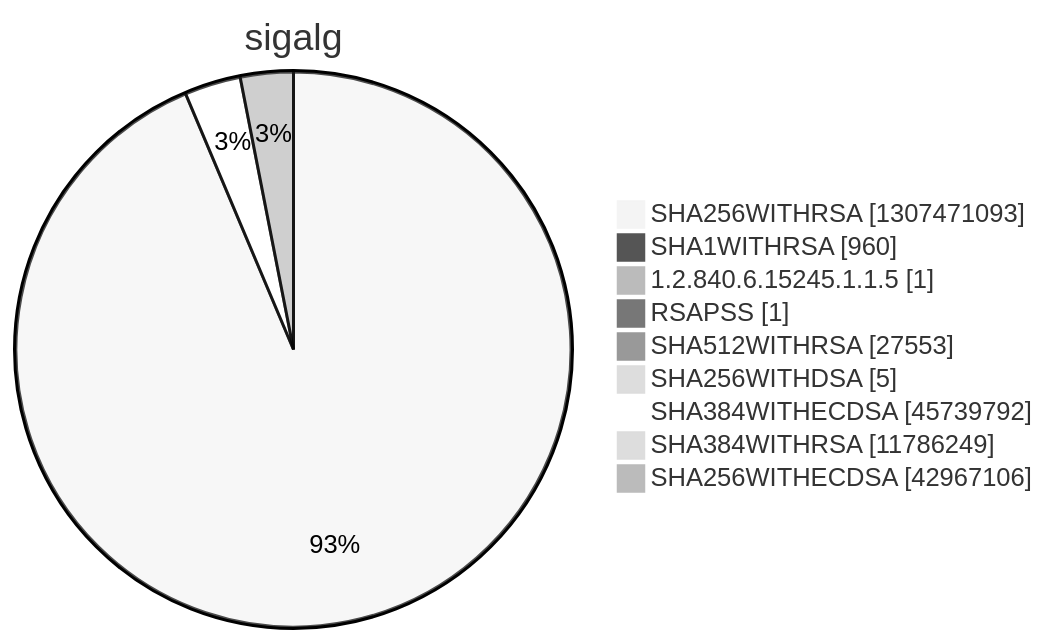
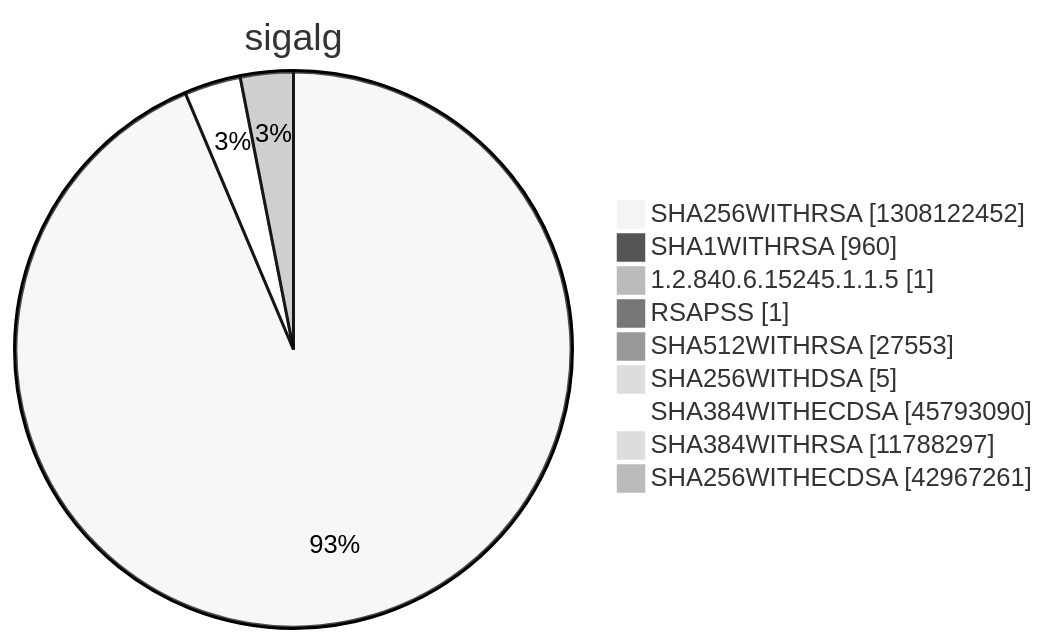
Before and after one commit to christiankrug/ctmonitor_visualization: diagram 15 of 15 in argon2022/README.md, drawn with Mermaid (neutral theme). The commit also changed other lines of this file, not shown here.

````diff
--- a/argon2022/README.md
+++ b/argon2022/README.md
@@ -5523,13 +5523,13 @@
 ```mermaid
 pie showData
 title sigalg
-"SHA256WITHRSA" :1307471093
+"SHA256WITHRSA" :1308122452
 "SHA1WITHRSA" :960
 "1.2.840.6.15245.1.1.5" :1
 "RSAPSS" :1
 "SHA512WITHRSA" :27553
 "SHA256WITHDSA" :5
-"SHA384WITHECDSA" :45739792
-"SHA384WITHRSA" :11786249
-"SHA256WITHECDSA" :42967106
+"SHA384WITHECDSA" :45793090
+"SHA384WITHRSA" :11788297
+"SHA256WITHECDSA" :42967261
 ```
````
